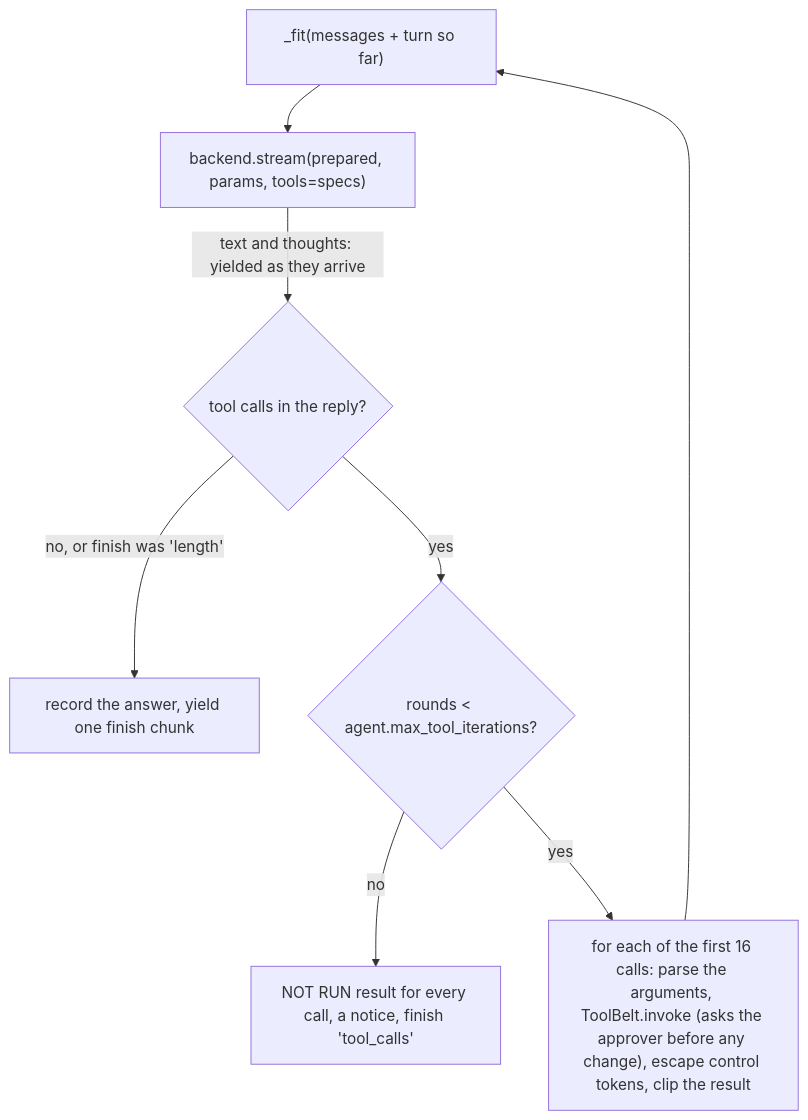
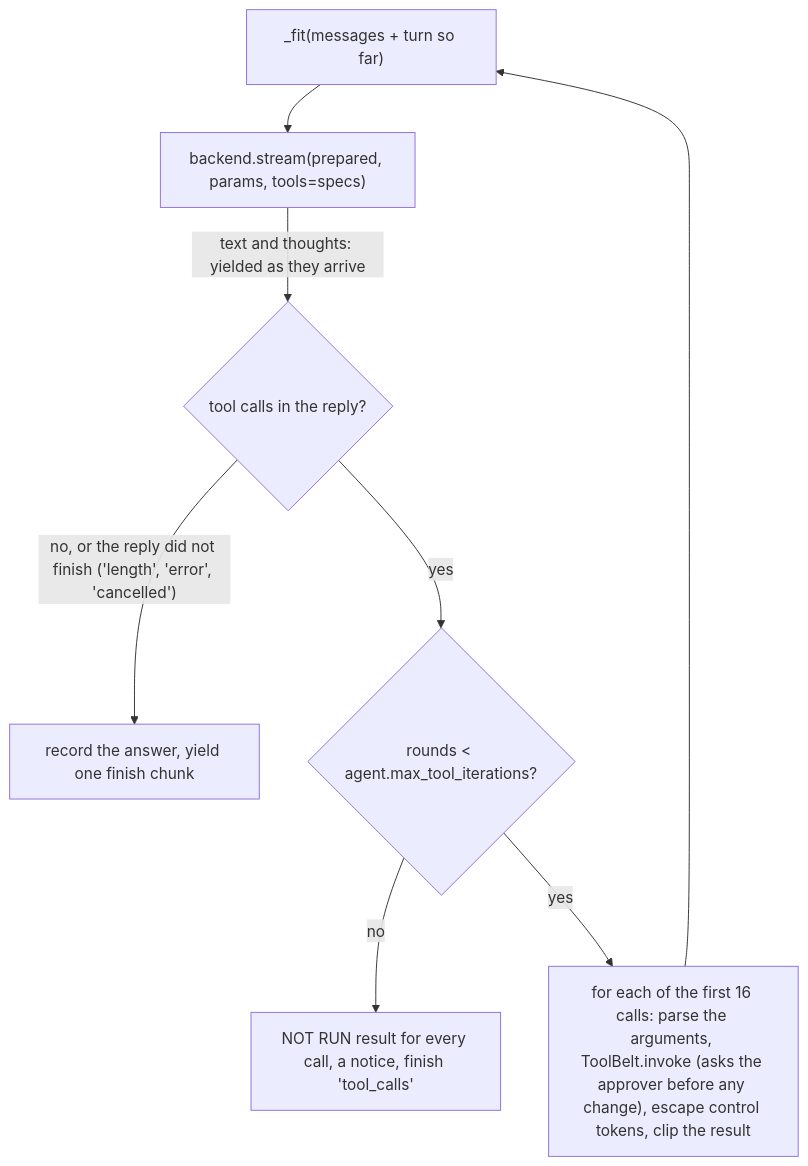
The diagram in docs/howto/src/kumaru/agent/chat.md (monicarivera-work/kumaru_agent), drawn with Mermaid before and after one commit. The commit also changed other lines of this file and 14 other files, not shown here.

````diff
--- a/docs/howto/src/kumaru/agent/chat.md
+++ b/docs/howto/src/kumaru/agent/chat.md
@@ -172,10 +172,10 @@
 ```mermaid
 flowchart TD
     A["_fit(messages + turn so far)"] --> B["backend.stream(prepared, params, tools=specs)"]
     B -->|"text and thoughts: yielded as they arrive"| C{"tool calls in the reply?"}
-    C -->|"no, or finish was 'length'"| D["record the answer, yield one finish chunk"]
+    C -->|"no, or the reply did not finish ('length', 'error', 'cancelled')"| D["record the answer, yield one finish chunk"]
     C -->|yes| E{"rounds < agent.max_tool_iterations?"}
     E -->|no| F["NOT RUN result for every call, a notice, finish 'tool_calls'"]
     E -->|yes| G["for each of the first 16 calls: parse the arguments, ToolBelt.invoke (asks the approver before any change), escape control tokens, clip the result"]
     G --> A
 ```
````
